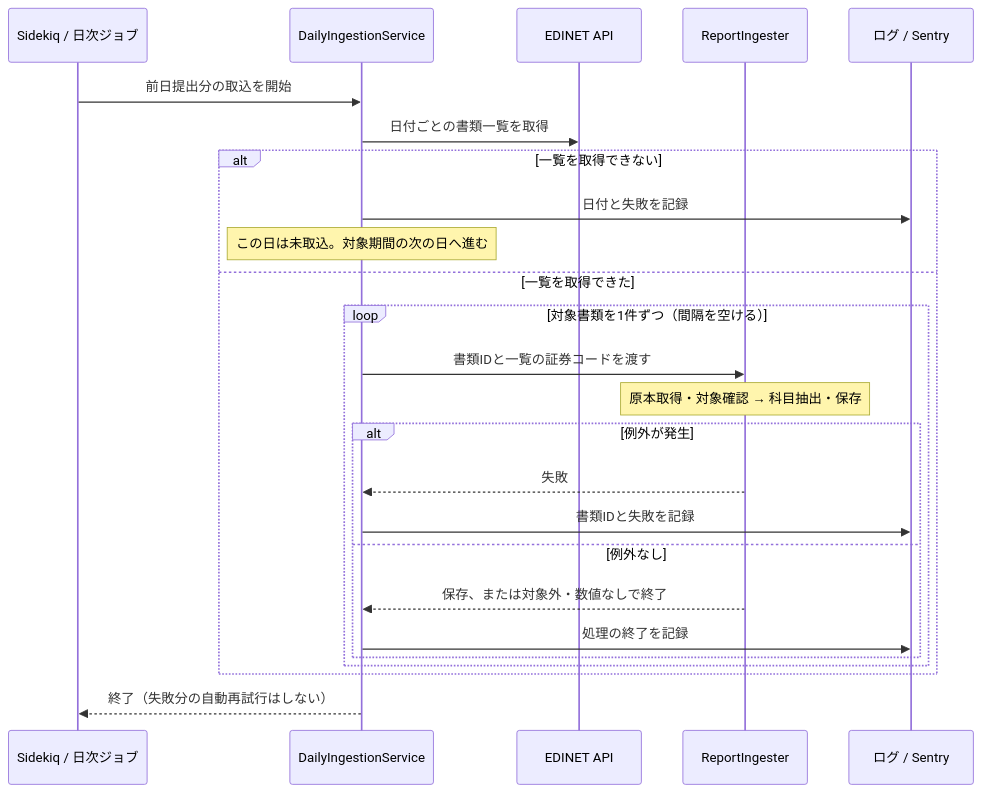
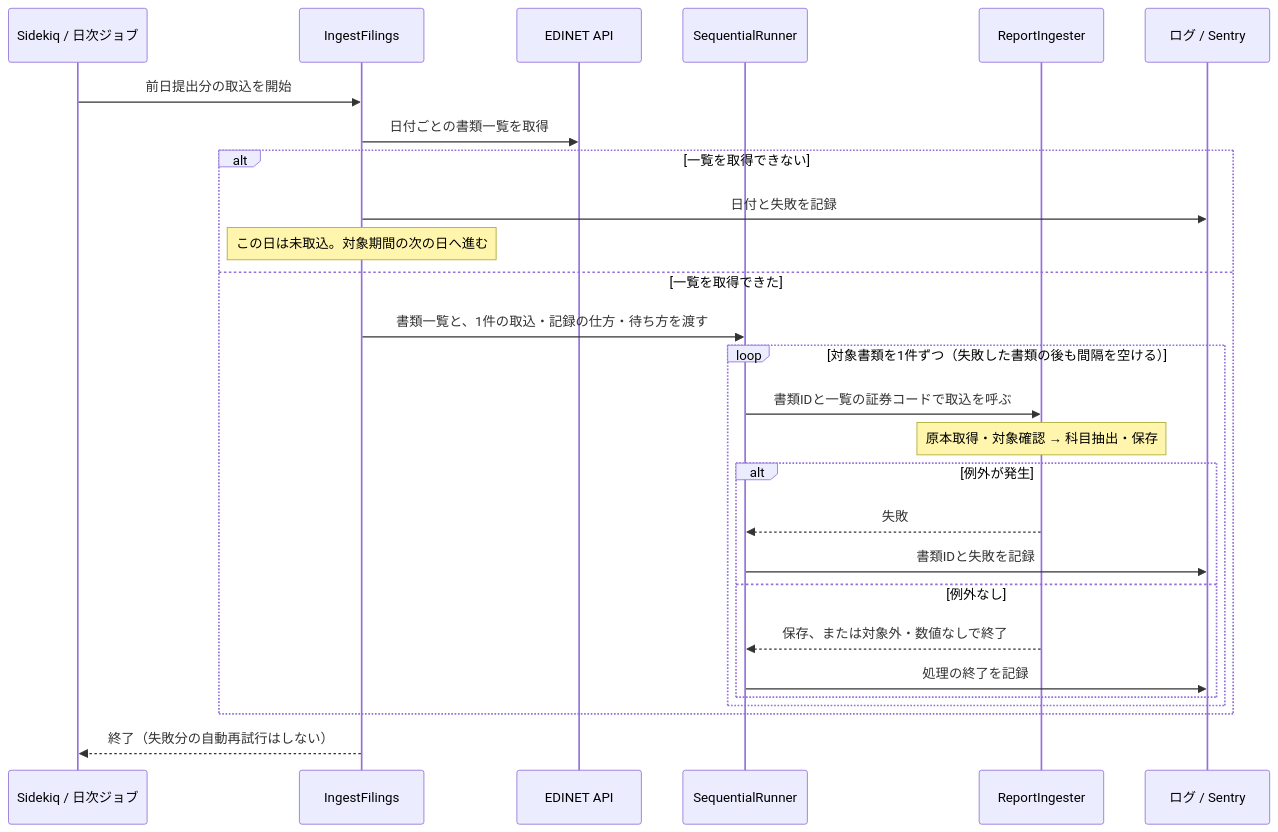
The second of 3 diagrams in docs/guide/04_system.md (shin4488/financial-statement), drawn with Mermaid before and after one commit. The commit also changed other lines of this file and 7 other files, not shown here.

````diff
--- a/docs/guide/04_system.md
+++ b/docs/guide/04_system.md
@@ -37,27 +37,29 @@
 ```mermaid
 sequenceDiagram
     participant J as Sidekiq / 日次ジョブ
-    participant S as DailyIngestionService
+    participant F as IngestFilings
     participant E as EDINET API
+    participant R as SequentialRunner
     participant I as ReportIngester
     participant M as ログ / Sentry
-    J->>S: 前日提出分の取込を開始
-    S->>E: 日付ごとの書類一覧を取得
+    J->>F: 前日提出分の取込を開始
+    F->>E: 日付ごとの書類一覧を取得
     alt 一覧を取得できない
-        S->>M: 日付と失敗を記録
-        Note over S: この日は未取込。対象期間の次の日へ進む
+        F->>M: 日付と失敗を記録
+        Note over F: この日は未取込。対象期間の次の日へ進む
     else 一覧を取得できた
-        loop 対象書類を1件ずつ（間隔を空ける）
-            S->>I: 書類IDと一覧の証券コードを渡す
+        F->>R: 書類一覧と、1件の取込・記録の仕方・待ち方を渡す
+        loop 対象書類を1件ずつ（失敗した書類の後も間隔を空ける）
+            R->>I: 書類IDと一覧の証券コードで取込を呼ぶ
             Note over I: 原本取得・対象確認 → 科目抽出・保存
             alt 例外が発生
-                I-->>S: 失敗
-                S->>M: 書類IDと失敗を記録
+                I-->>R: 失敗
+                R->>M: 書類IDと失敗を記録
             else 例外なし
-                I-->>S: 保存、または対象外・数値なしで終了
-                S->>M: 処理の終了を記録
+                I-->>R: 保存、または対象外・数値なしで終了
+                R->>M: 処理の終了を記録
             end
         end
     end
-    S-->>J: 終了（失敗分の自動再試行はしない）
+    F-->>J: 終了（失敗分の自動再試行はしない）
 ```
````
